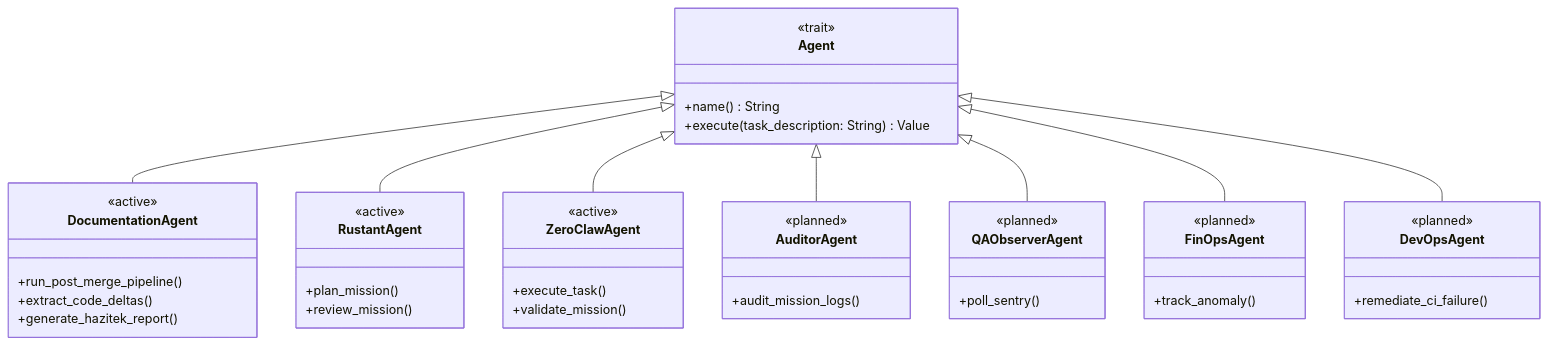
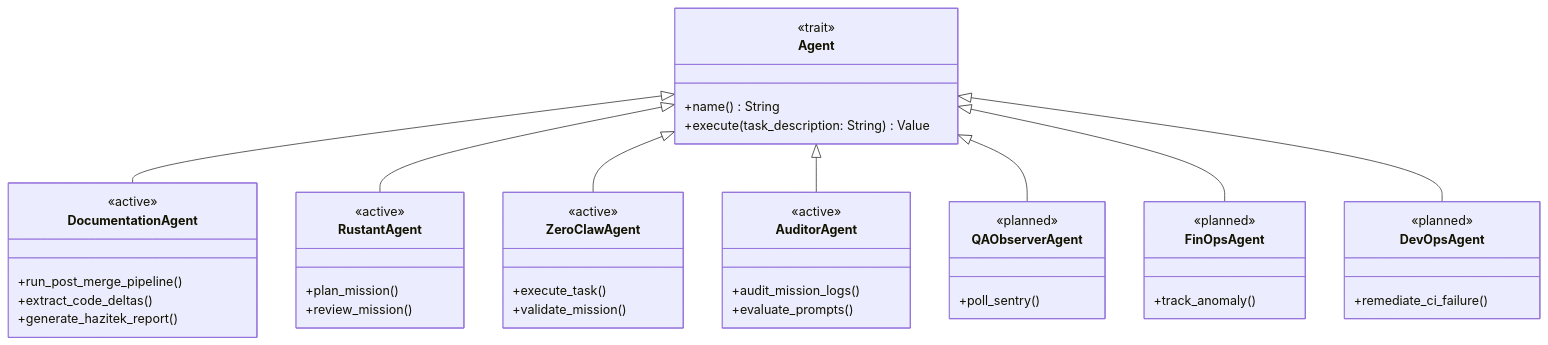
Before and after one commit to lgcorzo/rust_CACD_autonomous_factory: the third of 4 diagrams in wiki/AGENT-SPECIFICATIONS.md, drawn with Mermaid. The commit also changed other lines of this file and 3 other files, not shown here.

Commit message:
docs(wiki): sync architectural design with phase 6 governance implementation

````diff
--- a/wiki/AGENT-SPECIFICATIONS.md
+++ b/wiki/AGENT-SPECIFICATIONS.md
@@ -125,48 +125,49 @@
 ```mermaid
 classDiagram
     class Agent {
         <<trait>>
         +name() String
         +execute(task_description: String) Value
     }
     class DocumentationAgent {
         <<active>>
         +run_post_merge_pipeline()
         +extract_code_deltas()
         +generate_hazitek_report()
     }
     class RustantAgent {
         <<active>>
         +plan_mission()
         +review_mission()
     }
     class ZeroClawAgent {
         <<active>>
         +execute_task()
         +validate_mission()
     }
     class AuditorAgent {
-        <<planned>>
+        <<active>>
         +audit_mission_logs()
+        +evaluate_prompts()
     }
     class QAObserverAgent {
         <<planned>>
         +poll_sentry()
     }
     class FinOpsAgent {
         <<planned>>
         +track_anomaly()
     }
     class DevOpsAgent {
         <<planned>>
         +remediate_ci_failure()
     }
     
     Agent <|-- DocumentationAgent
     Agent <|-- RustantAgent
     Agent <|-- ZeroClawAgent
     Agent <|-- AuditorAgent
     Agent <|-- QAObserverAgent
     Agent <|-- FinOpsAgent
     Agent <|-- DevOpsAgent
 ```
````
